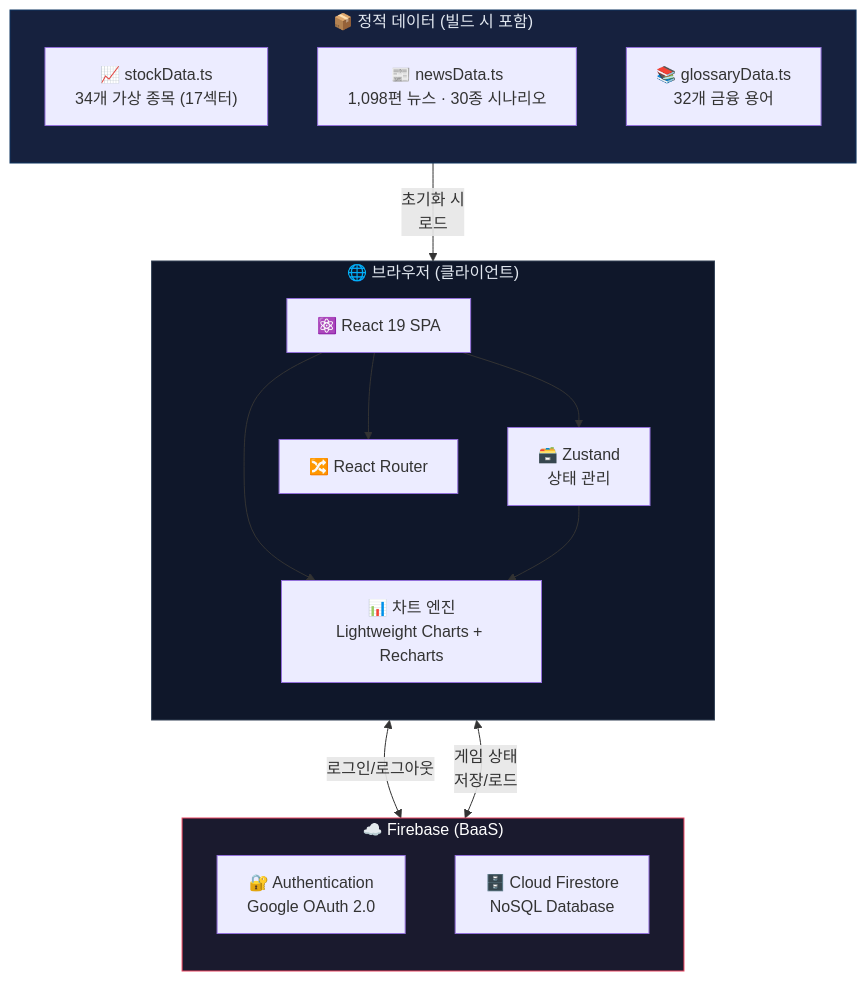
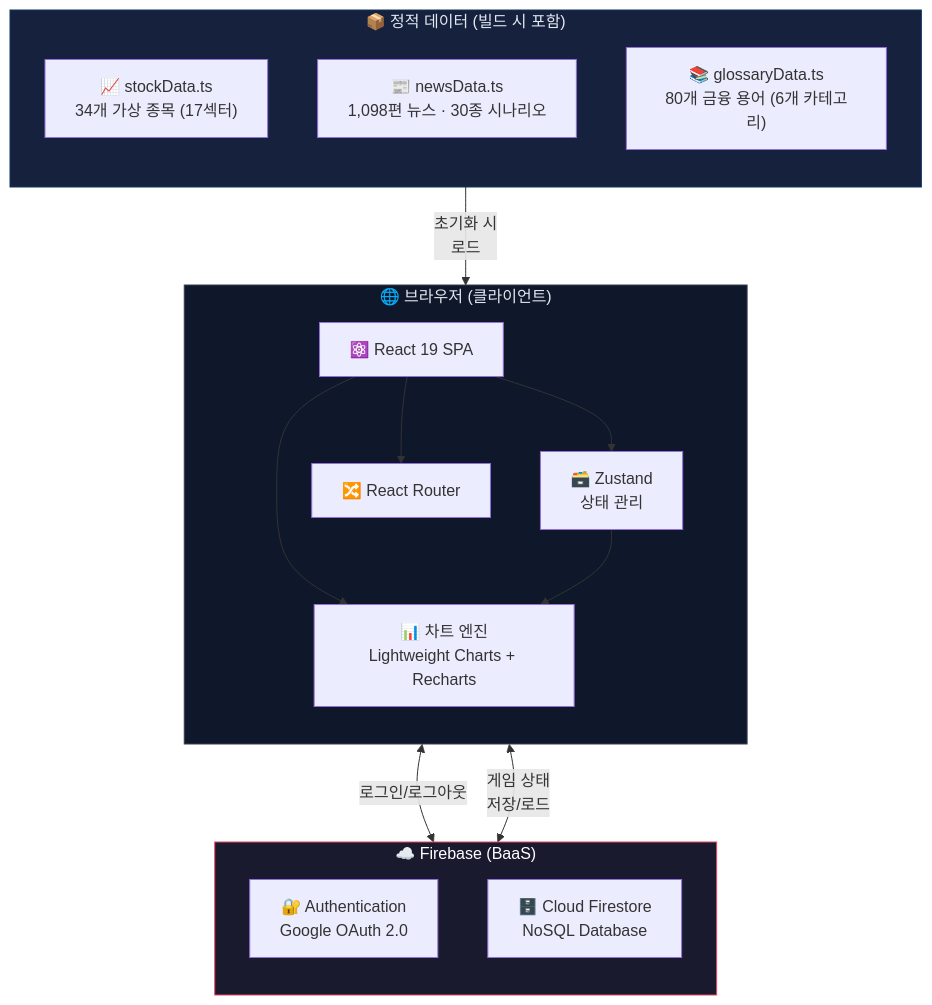
Before and after one commit to ll7098ll/stock-school: the first of 10 diagrams in docs/ARCHITECTURE.md, drawn with Mermaid. The commit also changed 35 other files, not shown here.

````diff
--- a/docs/ARCHITECTURE.md
+++ b/docs/ARCHITECTURE.md
@@ -35,36 +35,36 @@
 ```mermaid
 graph TB
     subgraph Browser["🌐 브라우저 (클라이언트)"]
         direction TB
         React["⚛️ React 19 SPA"]
         Zustand["🗃️ Zustand<br/>상태 관리"]
         Router["🔀 React Router"]
         Charts["📊 차트 엔진<br/>Lightweight Charts + Recharts"]
         
         React --> Zustand
         React --> Router
         React --> Charts
         Zustand --> Charts
     end
 
     subgraph Firebase["☁️ Firebase (BaaS)"]
         direction TB
         Auth["🔐 Authentication<br/>Google OAuth 2.0"]
         Firestore["🗄️ Cloud Firestore<br/>NoSQL Database"]
     end
 
     subgraph StaticData["📦 정적 데이터 (빌드 시 포함)"]
         direction TB
         StockData["📈 stockData.ts<br/>34개 가상 종목 (17섹터)"]
         NewsData["📰 newsData.ts<br/>1,098편 뉴스 · 30종 시나리오"]
-        GlossaryData["📚 glossaryData.ts<br/>32개 금융 용어"]
+        GlossaryData["📚 glossaryData.ts<br/>80개 금융 용어 (6개 카테고리)"]
     end
 
     React <-->|"로그인/로그아웃"| Auth
     Zustand <-->|"게임 상태<br/>저장/로드"| Firestore
     StaticData -->|"초기화 시<br/>로드"| Zustand
 
     style Browser fill:#0f172a,stroke:#334155,color:#e2e8f0
     style Firebase fill:#1a1a2e,stroke:#e94560,color:#fff
     style StaticData fill:#16213e,stroke:#0f3460,color:#e2e8f0
 ```
````
